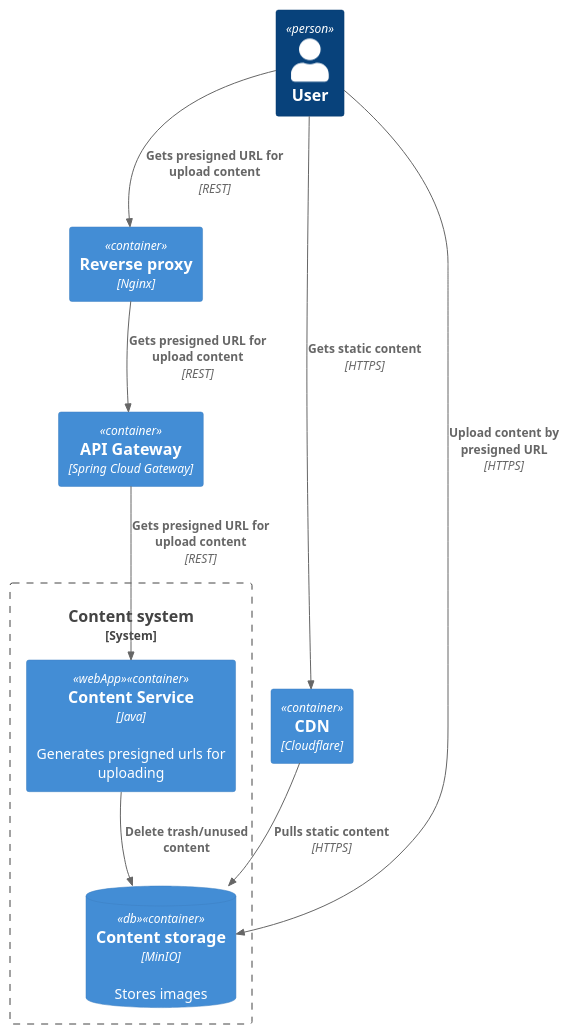
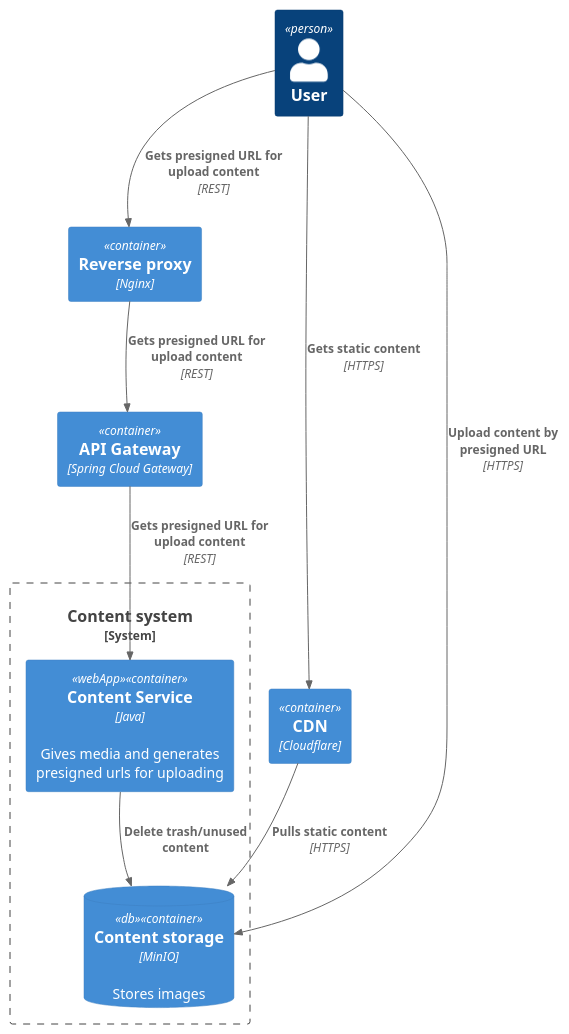
One commit to dmitry-bughunter/social_network_system_design changed the diagram in architecture/content_system/container.puml. Above: the diagram before and after it, drawn with PlantUML. The commit also changed 9 other files, not shown here.

```diff
--- a/architecture/content_system/container.puml
+++ b/architecture/content_system/container.puml
@@ -1,22 +1,22 @@
 @startuml
 !include https://raw.githubusercontent.com/plantuml-stdlib/C4-PlantUML/master/C4_Container.puml
 
 Person(user, "User")
 
 Container(reverseProxy, "Reverse proxy", "Nginx")
 Container(apiGateway, "API Gateway", "Spring Cloud Gateway")
 Container(cdn, "CDN", "Cloudflare")
 
 System_Boundary(contentSystem, "Content system") {
-Container(contentService, "Content Service", "Java", "Generates presigned urls for uploading", $tags="webApp")
+Container(contentService, "Content Service", "Java", "Gives media and generates presigned urls for uploading", $tags="webApp")
 ContainerDb(contentStorage, "Content storage", "MinIO", "Stores images",  $tags="db")
 }
 
 Rel(user, reverseProxy, "Gets presigned URL for upload content", "REST")
 Rel(reverseProxy, apiGateway, "Gets presigned URL for upload content", "REST")
 Rel(apiGateway, contentService, "Gets presigned URL for upload content", "REST")
 Rel(contentService, contentStorage, "Delete trash/unused content")
 Rel(user, contentStorage, "Upload content by presigned URL", "HTTPS")
 Rel(user, cdn, "Gets static content", "HTTPS")
 Rel(cdn, contentStorage, "Pulls static content", "HTTPS")
 @enduml
```
